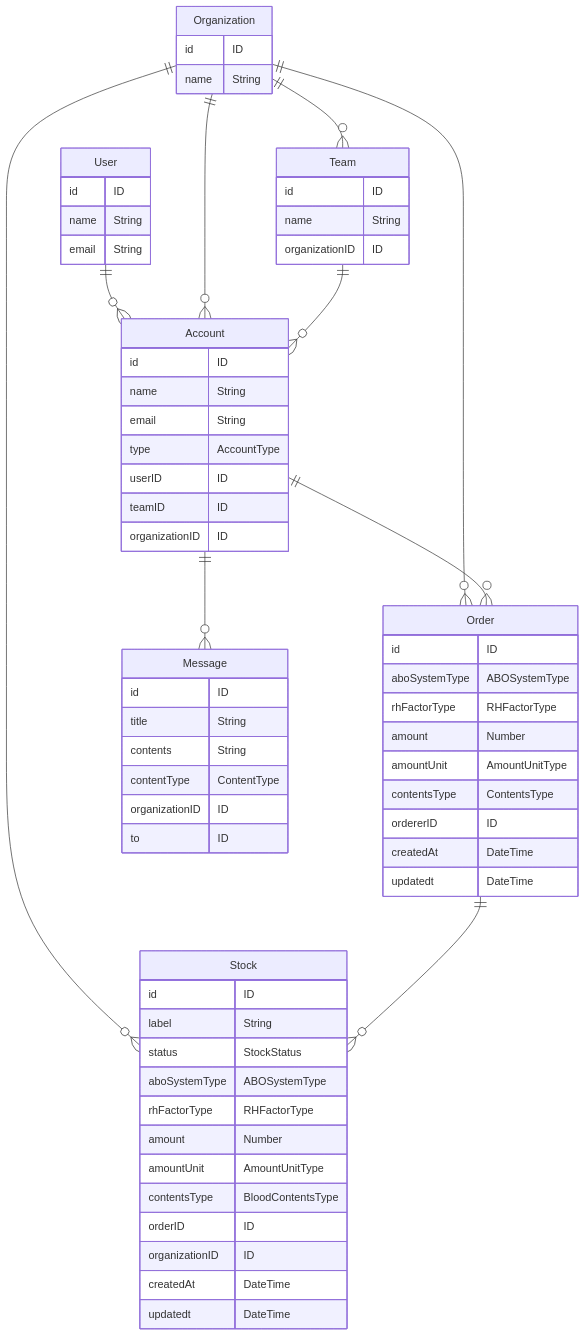
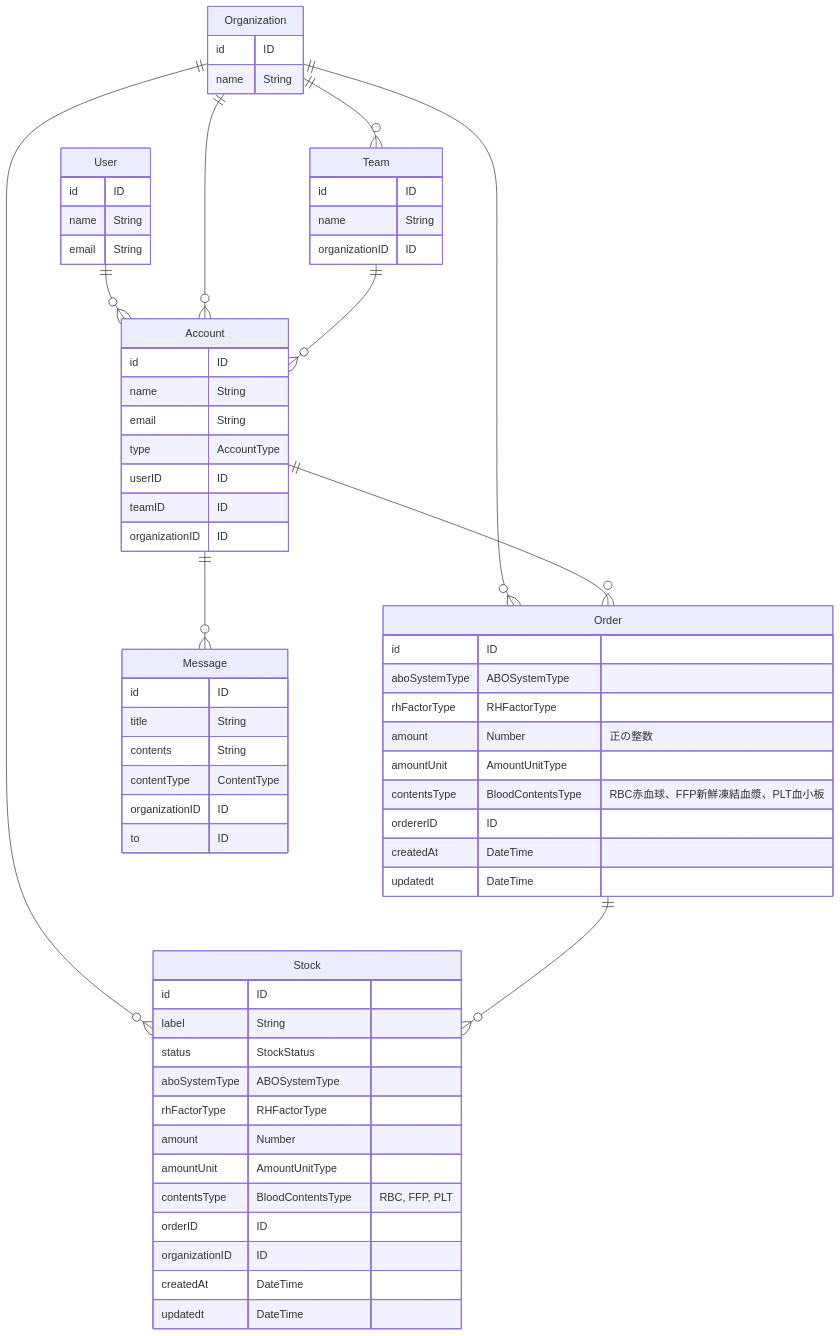
Before and after one commit to yokoyamakikaku/job-hunt-2023: the diagram in nokori/basic.md, drawn with Mermaid. The commit also changed other lines of this file and 3 other files, not shown here.

````diff
--- a/nokori/basic.md
+++ b/nokori/basic.md
@@ -7,76 +8,76 @@
 ```mermaid
 erDiagram
 
 User {
   id ID
   name String
   email String
 }
 
 Organization {
   id ID
   name String
 }
 
 Account {
   id ID
   name String
   email String
   type AccountType
   userID ID
   teamID ID
   organizationID ID
 }
 
 Order {
   id ID
   aboSystemType ABOSystemType
   rhFactorType RHFactorType
-  amount Number
+  amount Number "正の整数"
   amountUnit AmountUnitType
-  contentsType ContentsType
+  contentsType BloodContentsType　"RBC赤血球、FFP新鮮凍結血漿、PLT血小板"
   ordererID ID
   createdAt DateTime
   updatedt DateTime
 }
 
 Team {
   id ID
   name String
   organizationID ID
 }
 
 Stock {
   id ID
   label String
   status StockStatus
   aboSystemType ABOSystemType
   rhFactorType RHFactorType
   amount Number
   amountUnit AmountUnitType
-  contentsType BloodContentsType
+  contentsType BloodContentsType　"RBC, FFP, PLT"
   orderID ID
   organizationID ID
   createdAt DateTime
   updatedt DateTime
 }
 
 Message {
   id ID
   title String
   contents String
   contentType ContentType
   organizationID ID
   to ID
 }
 
 User ||--o{ Account: ""
 Organization ||--o{ Account: ""
 Organization ||--o{ Team: ""
 Organization ||--o{ Order: ""
 Organization ||--o{ Stock: ""
 Team ||--o{ Account: ""
 Order ||--o{ Stock: ""
 Account ||--o{ Order: ""
 Account ||--o{ Message: ""
 ```
````
